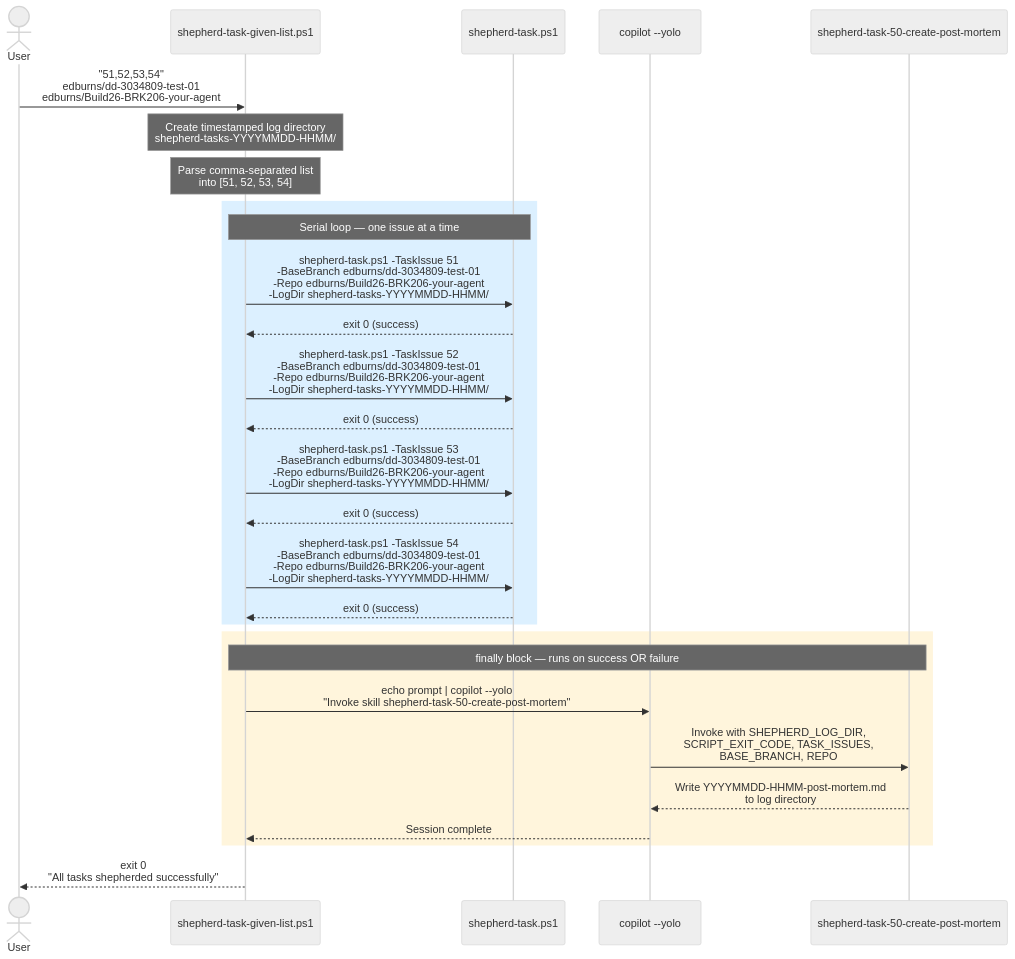
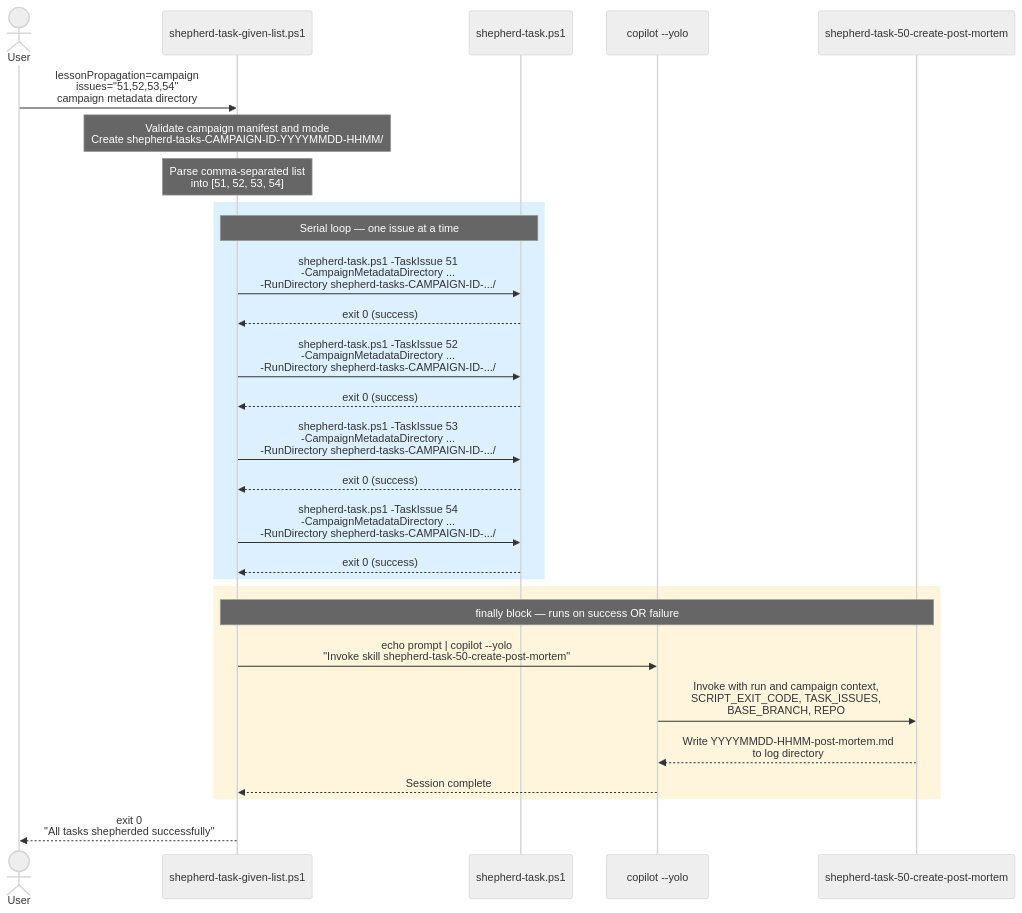
One commit to github/awesome-copilot changed the diagram in plugins/shepherd-task/figure-01-shepherd-task-given-list.md. Above: the diagram before and after it, drawn with Mermaid (neutral theme). The commit also changed other lines of this file and 18 other files, not shown here.

````diff
--- a/plugins/shepherd-task/figure-01-shepherd-task-given-list.md
+++ b/plugins/shepherd-task/figure-01-shepherd-task-given-list.md
@@ -13,39 +13,39 @@
 ```mermaid
 sequenceDiagram
     actor User
     participant STGL as shepherd-task-given-list.ps1
     participant ST as shepherd-task.ps1
     participant Copilot as copilot --yolo
     participant PostMortem as shepherd-task-50-create-post-mortem
 
-    User->>STGL: "51,52,53,54"<br/>edburns/dd-3034809-test-01<br/>edburns/Build26-BRK206-your-agent
+    User->>STGL: lessonPropagation=campaign<br/>issues="51,52,53,54"<br/>campaign metadata directory
 
-    Note over STGL: Create timestamped log directory<br/>shepherd-tasks-YYYYMMDD-HHMM/
+    Note over STGL: Validate campaign manifest and mode<br/>Create shepherd-tasks-CAMPAIGN-ID-YYYYMMDD-HHMM/
 
     Note over STGL: Parse comma-separated list<br/>into [51, 52, 53, 54]
 
     rect rgb(220, 240, 255)
         Note over STGL,ST: Serial loop — one issue at a time
-        STGL->>ST: shepherd-task.ps1 -TaskIssue 51<br/>-BaseBranch edburns/dd-3034809-test-01<br/>-Repo edburns/Build26-BRK206-your-agent<br/>-LogDir shepherd-tasks-YYYYMMDD-HHMM/
+        STGL->>ST: shepherd-task.ps1 -TaskIssue 51<br/>-CampaignMetadataDirectory ...<br/>-RunDirectory shepherd-tasks-CAMPAIGN-ID-.../
         ST-->>STGL: exit 0 (success)
 
-        STGL->>ST: shepherd-task.ps1 -TaskIssue 52<br/>-BaseBranch edburns/dd-3034809-test-01<br/>-Repo edburns/Build26-BRK206-your-agent<br/>-LogDir shepherd-tasks-YYYYMMDD-HHMM/
+        STGL->>ST: shepherd-task.ps1 -TaskIssue 52<br/>-CampaignMetadataDirectory ...<br/>-RunDirectory shepherd-tasks-CAMPAIGN-ID-.../
         ST-->>STGL: exit 0 (success)
 
-        STGL->>ST: shepherd-task.ps1 -TaskIssue 53<br/>-BaseBranch edburns/dd-3034809-test-01<br/>-Repo edburns/Build26-BRK206-your-agent<br/>-LogDir shepherd-tasks-YYYYMMDD-HHMM/
+        STGL->>ST: shepherd-task.ps1 -TaskIssue 53<br/>-CampaignMetadataDirectory ...<br/>-RunDirectory shepherd-tasks-CAMPAIGN-ID-.../
         ST-->>STGL: exit 0 (success)
 
-        STGL->>ST: shepherd-task.ps1 -TaskIssue 54<br/>-BaseBranch edburns/dd-3034809-test-01<br/>-Repo edburns/Build26-BRK206-your-agent<br/>-LogDir shepherd-tasks-YYYYMMDD-HHMM/
+        STGL->>ST: shepherd-task.ps1 -TaskIssue 54<br/>-CampaignMetadataDirectory ...<br/>-RunDirectory shepherd-tasks-CAMPAIGN-ID-.../
         ST-->>STGL: exit 0 (success)
     end
 
     rect rgb(255, 245, 220)
         Note over STGL,PostMortem: finally block — runs on success OR failure
         STGL->>Copilot: echo prompt | copilot --yolo<br/>"Invoke skill shepherd-task-50-create-post-mortem"
-        Copilot->>PostMortem: Invoke with SHEPHERD_LOG_DIR,<br/>SCRIPT_EXIT_CODE, TASK_ISSUES,<br/>BASE_BRANCH, REPO
+        Copilot->>PostMortem: Invoke with run and campaign context,<br/>SCRIPT_EXIT_CODE, TASK_ISSUES,<br/>BASE_BRANCH, REPO
         PostMortem-->>Copilot: Write YYYYMMDD-HHMM-post-mortem.md<br/>to log directory
         Copilot-->>STGL: Session complete
     end
 
     STGL-->>User: exit 0<br/>"All tasks shepherded successfully"
 ```
````
